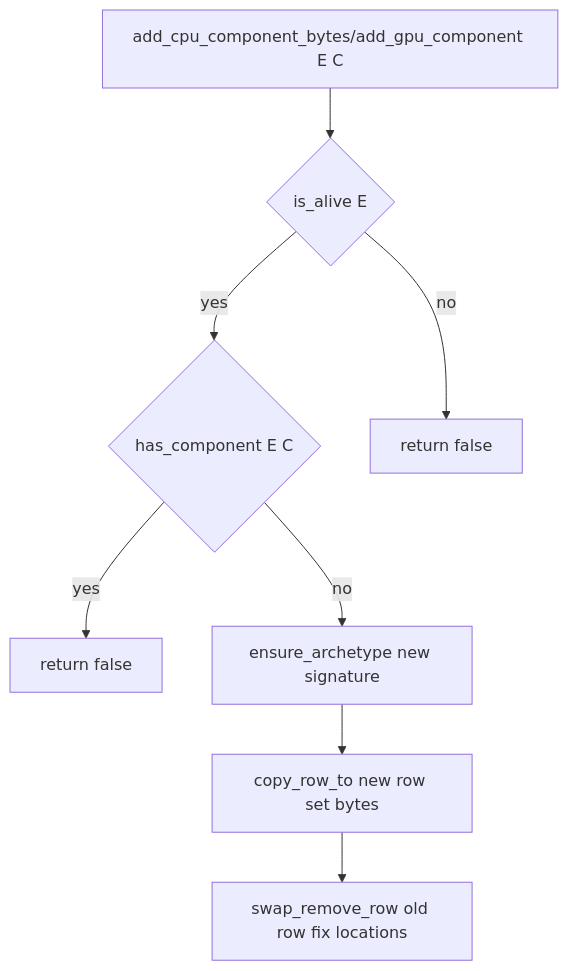
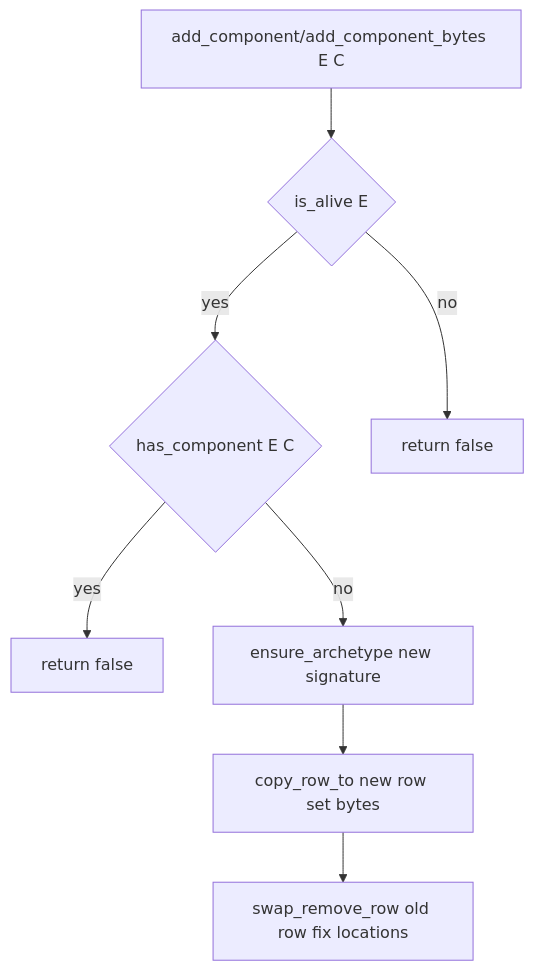
One commit to emadurandal/RhodoniteMBT changed the fifth of 6 diagrams in docs/ecs.md. Above: the diagram before and after it, drawn with Mermaid. The commit also changed other lines of this file and 11 other files, not shown here.

````diff
--- a/docs/ecs.md
+++ b/docs/ecs.md
@@ -133,17 +133,17 @@
 ```mermaid
 flowchart TD
-  start[add_cpu_component_bytes/add_gpu_component E C]
+  start[add_component/add_component_bytes E C]
   alive{is_alive E}
   has{has_component E C}
   same[return false]
   migrate[ensure_archetype new signature]
   copy[copy_row_to new row set bytes]
   swap[swap_remove_row old row fix locations]
   start --> alive
   alive -->|no| fail[return false]
   alive -->|yes| has
   has -->|yes| same
   has -->|no| migrate
   migrate --> copy
   copy --> swap
 ```
````
